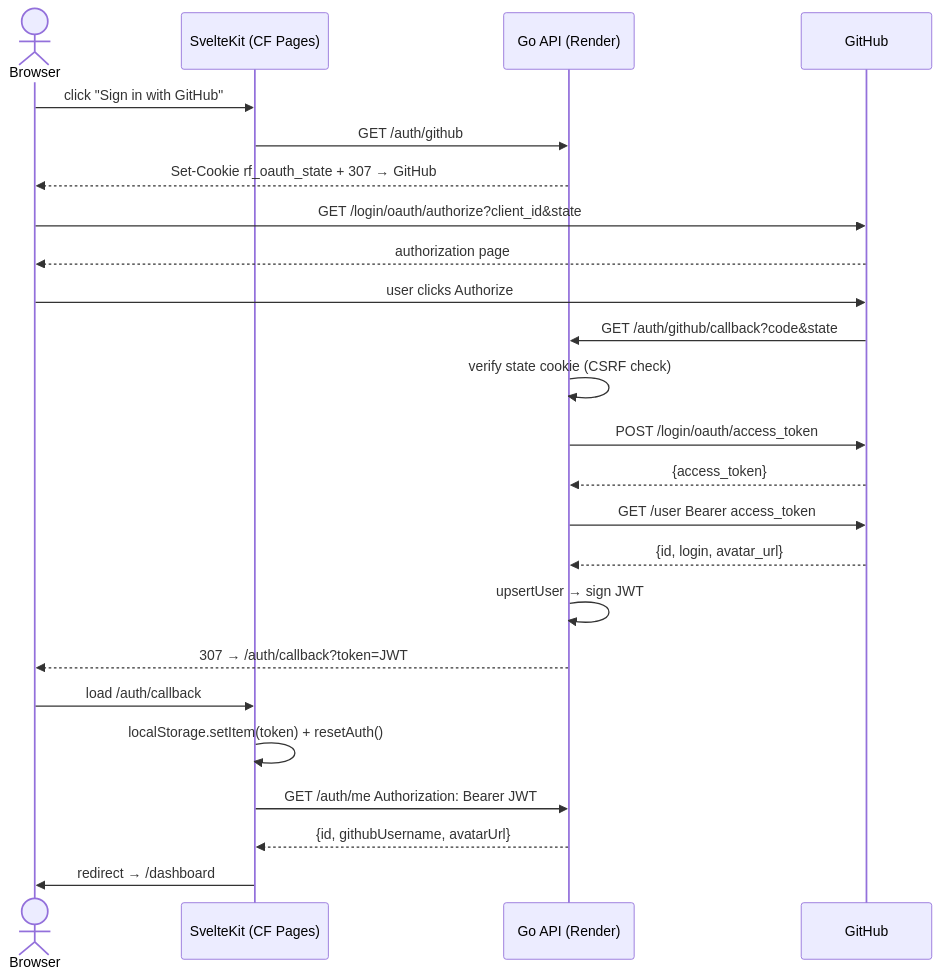
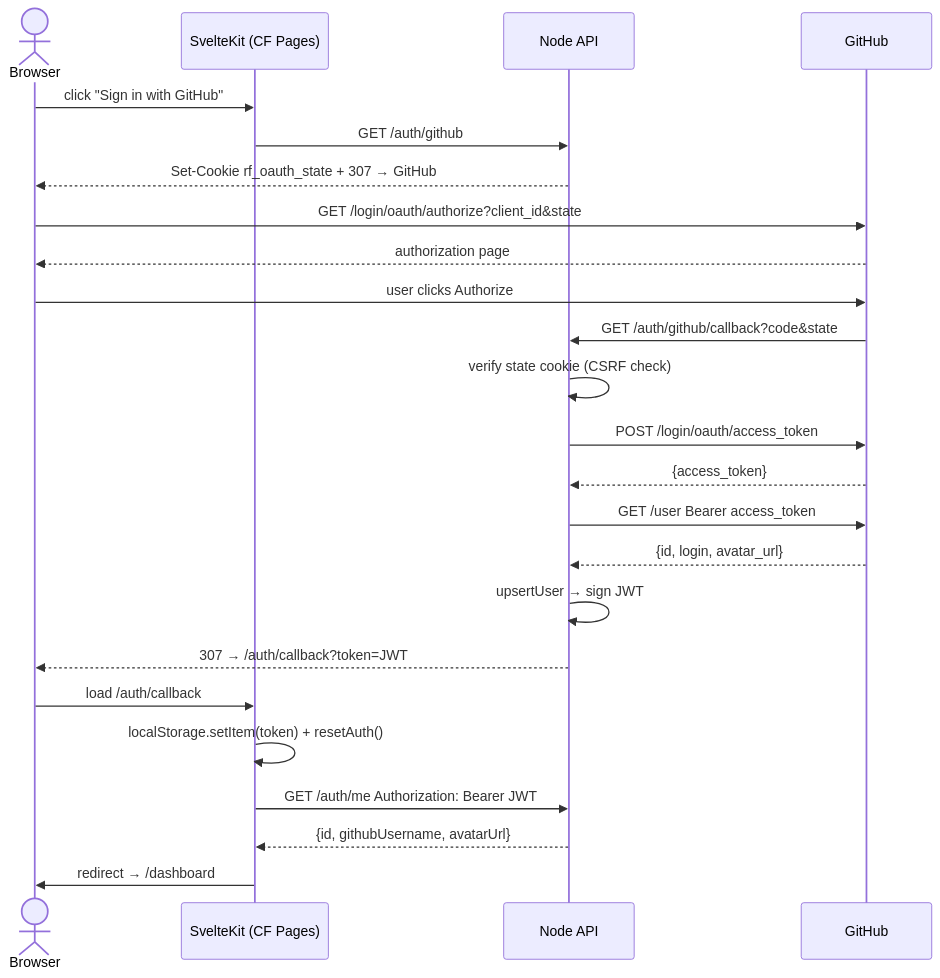
The second of 3 diagrams in README.md (souvik-biswas-dev/ReviewFlow), drawn with Mermaid before and after one commit. The commit also changed other lines of this file and 1 other file, not shown here.

First line of the commit message:
docs: document the Node backend architecture and workflow

````diff
--- a/README.md
+++ b/README.md
@@ -173,27 +172,27 @@
 ```mermaid
 sequenceDiagram
     actor Browser
     participant FE as SvelteKit (CF Pages)
-    participant BE as Go API (Render)
+    participant BE as Node API
     participant GH as GitHub
 
     Browser->>FE: click "Sign in with GitHub"
     FE->>BE: GET /auth/github
     BE-->>Browser: Set-Cookie rf_oauth_state + 307 → GitHub
     Browser->>GH: GET /login/oauth/authorize?client_id&state
     GH-->>Browser: authorization page
     Browser->>GH: user clicks Authorize
     GH->>BE: GET /auth/github/callback?code&state
     BE->>BE: verify state cookie (CSRF check)
     BE->>GH: POST /login/oauth/access_token
     GH-->>BE: {access_token}
     BE->>GH: GET /user  Bearer access_token
     GH-->>BE: {id, login, avatar_url}
     BE->>BE: upsertUser → sign JWT
     BE-->>Browser: 307 → /auth/callback?token=JWT
     Browser->>FE: load /auth/callback
     FE->>FE: localStorage.setItem(token) + resetAuth()
     FE->>BE: GET /auth/me  Authorization: Bearer JWT
     BE-->>FE: {id, githubUsername, avatarUrl}
     FE->>Browser: redirect → /dashboard
 ```
````
